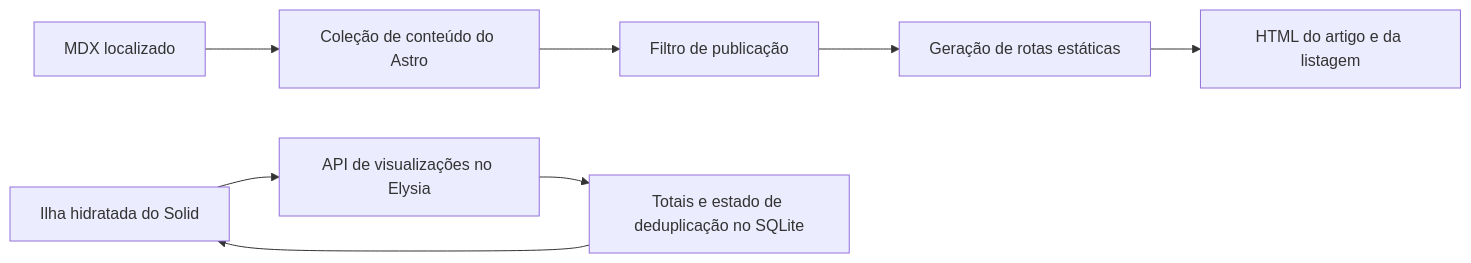
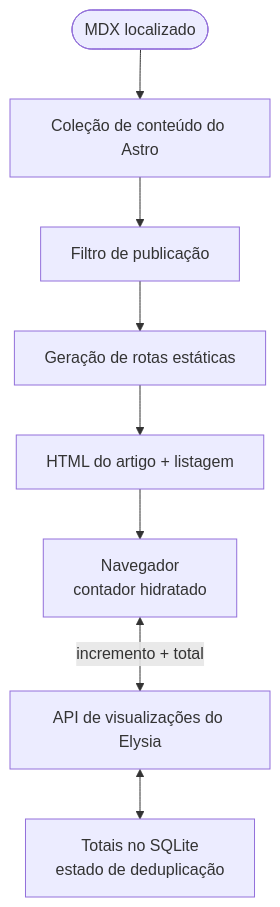
The diagram in web/content/blog/the-blog-layer-static-pages-live-view-counts.pt-BR.mdx (ErickCReis/ErickCReis), drawn with Mermaid before and after one commit. The commit also changed 23 other files, not shown here.

Commit message:
Polish Mermaid diagrams across blog posts

````diff
--- a/web/content/blog/the-blog-layer-static-pages-live-view-counts.pt-BR.mdx
+++ b/web/content/blog/the-blog-layer-static-pages-live-view-counts.pt-BR.mdx
@@ -10,11 +10,10 @@
 ```mermaid center
-flowchart LR
-  MDX["MDX localizado"] --> Collection["Coleção de conteúdo do Astro"]
+flowchart TB
+  MDX(["MDX localizado"]) --> Collection["Coleção de conteúdo do Astro"]
   Collection --> Filter["Filtro de publicação"]
   Filter --> Paths["Geração de rotas estáticas"]
-  Paths --> HTML["HTML do artigo e da listagem"]
-
-  Browser["Ilha hidratada do Solid"] --> API["API de visualizações no Elysia"]
-  API --> SQLite["Totais e estado de deduplicação no SQLite"]
-  SQLite --> Browser
+  Paths --> HTML["HTML do artigo + listagem"]
+  HTML --> Browser["Navegador<br/>contador hidratado"]
+  Browser <-->|"incremento + total"| API["API de visualizações do Elysia"]
+  API <--> SQLite["Totais no SQLite<br/>estado de deduplicação"]
 ```
````
